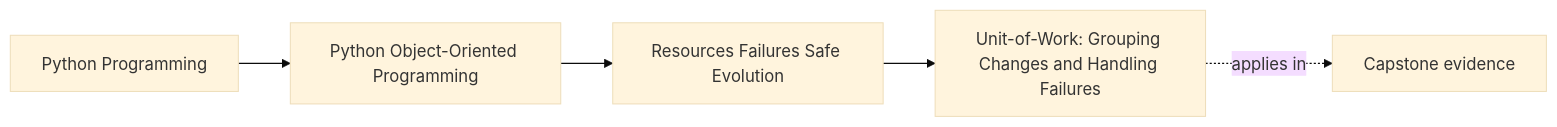
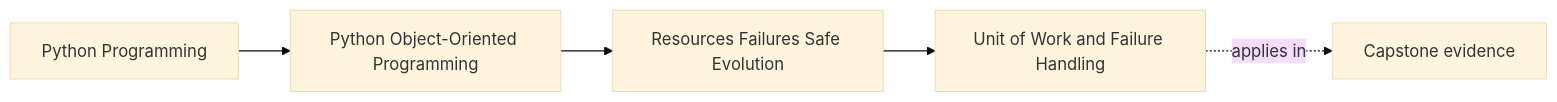
One commit to bijux/bijux-masterclass changed the first of 2 diagrams in programs/python-programming/python-object-oriented-programming/course-book/module-05-resources-failures-safe-evolution/unit-of-work-and-failure-handling.md. Above: the diagram before and after it, drawn with Mermaid (base theme). The commit also changed other lines of this file, not shown here.

````diff
--- a/programs/python-programming/python-object-oriented-programming/course-book/module-05-resources-failures-safe-evolution/unit-of-work-and-failure-handling.md
+++ b/programs/python-programming/python-object-oriented-programming/course-book/module-05-resources-failures-safe-evolution/unit-of-work-and-failure-handling.md
@@ -7,11 +6,11 @@
 ```mermaid
 graph LR
   family["Python Programming"]
   program["Python Object-Oriented Programming"]
   section["Resources Failures Safe Evolution"]
-  page["Unit-of-Work: Grouping Changes and Handling Failures"]
+  page["Unit of Work and Failure Handling"]
   capstone["Capstone evidence"]
 
   family --> program --> section --> page
   page -.applies in.-> capstone
 ```
````
